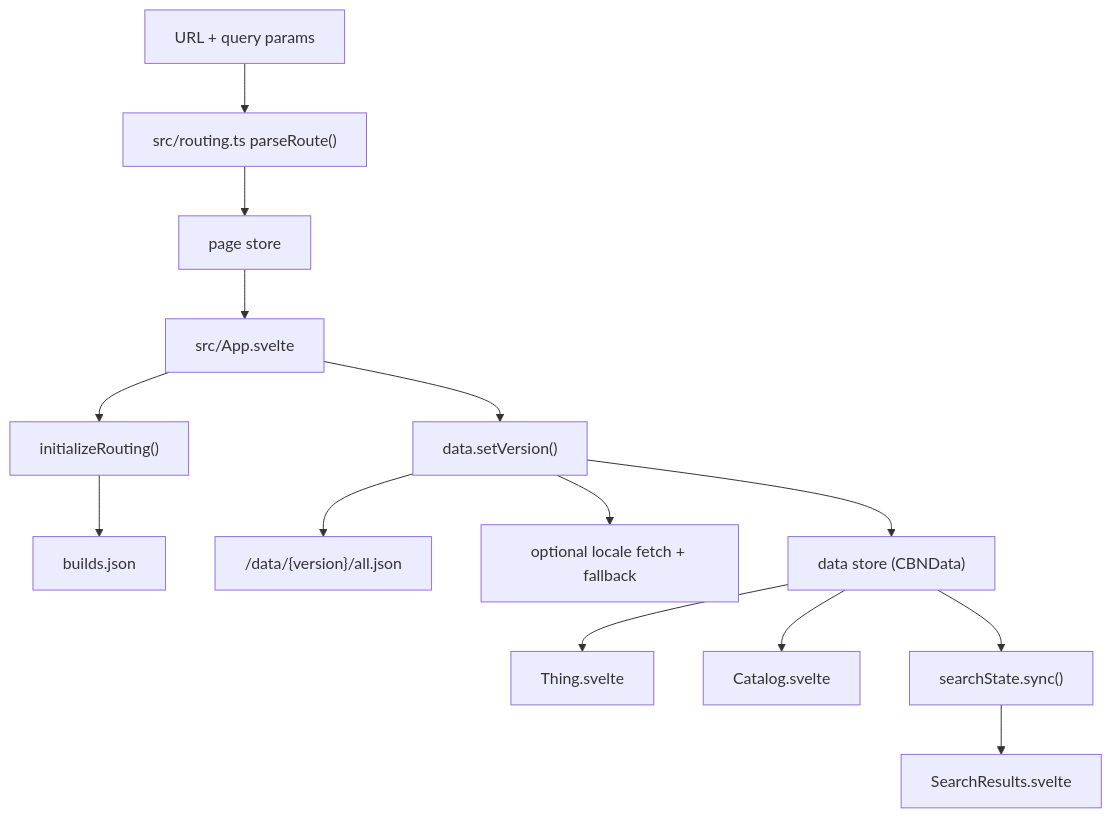
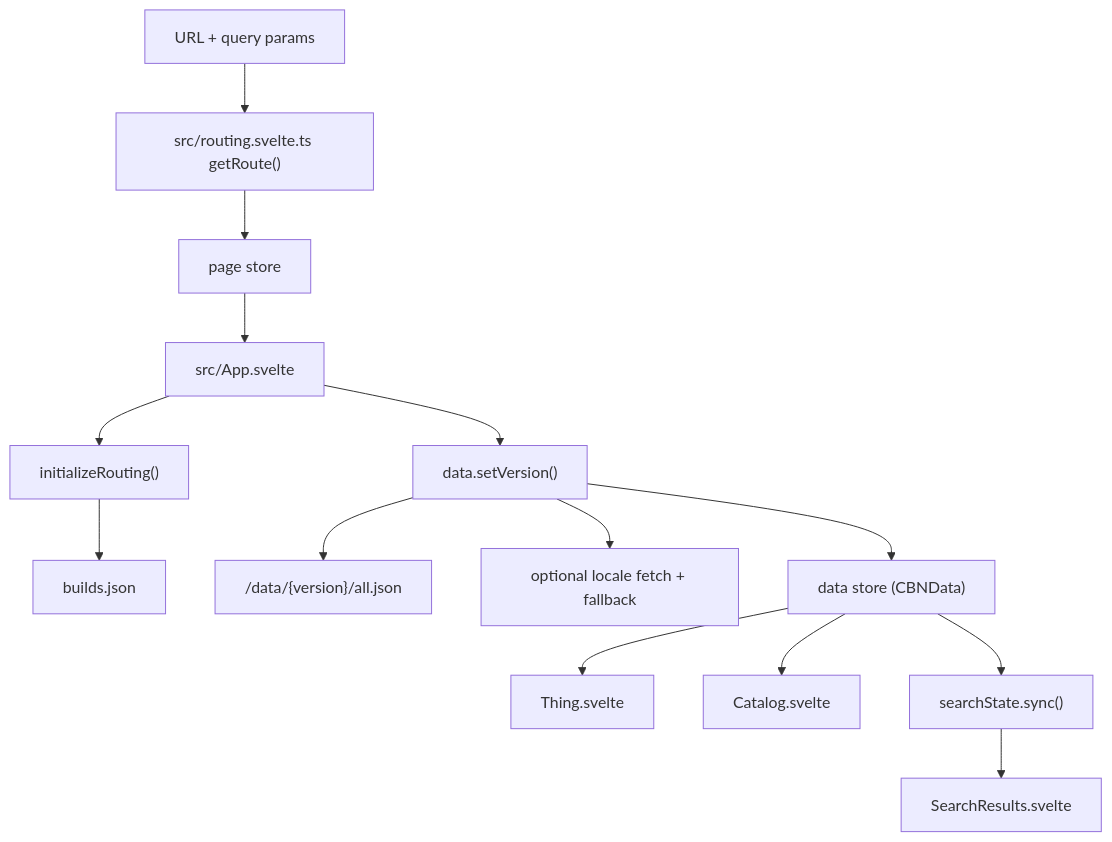
Before and after one commit to ushkinaz/cbn-guide: the diagram in DEVELOPMENT.md, drawn with Mermaid. The commit also changed other lines of this file and 36 other files, not shown here.

````diff
--- a/DEVELOPMENT.md
+++ b/DEVELOPMENT.md
@@ -84,16 +84,16 @@
 ```mermaid
 flowchart TD
-    URL["URL + query params"] --> Routing["src/routing.ts parseRoute()"]
+    URL["URL + query params"] --> Routing["src/routing.svelte.ts getRoute()"]
     Routing --> PageStore["page store"]
     PageStore --> App["src/App.svelte"]
     App --> Init["initializeRouting()"]
     Init --> Builds["builds.json"]
     App --> DataSet["data.setVersion()"]
     DataSet --> AllJson["/data/{version}/all.json"]
     DataSet --> I18n["optional locale fetch + fallback"]
     DataSet --> DataStore["data store (CBNData)"]
     DataStore --> Thing["Thing.svelte"]
     DataStore --> Catalog["Catalog.svelte"]
     DataStore --> Search["searchState.sync()"]
     Search --> Results["SearchResults.svelte"]
 ```
````
